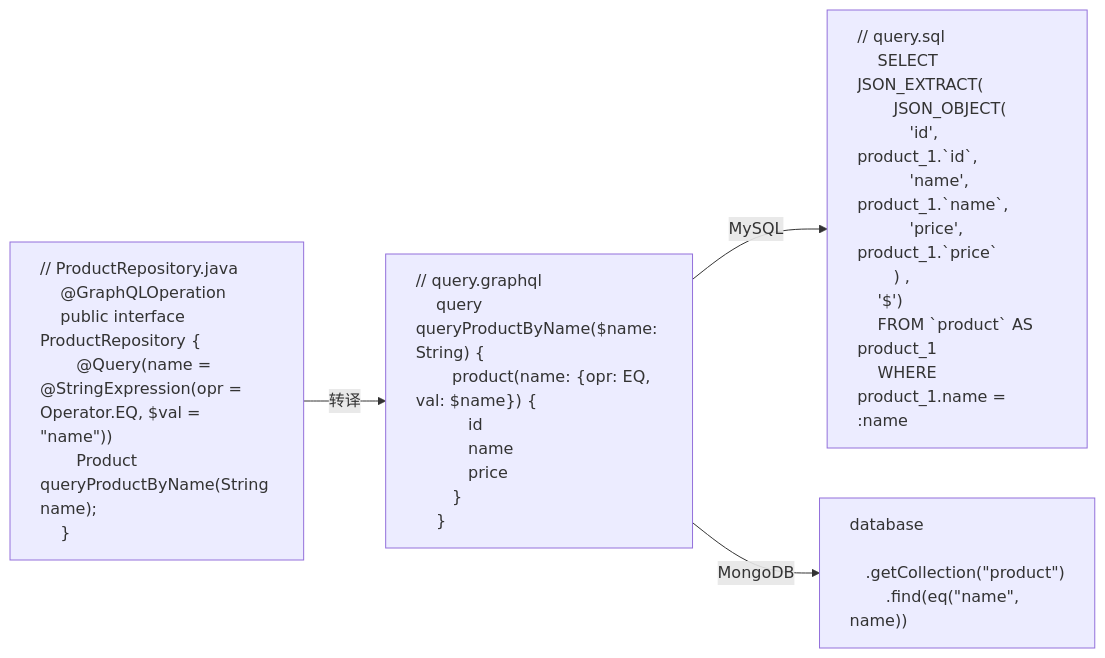
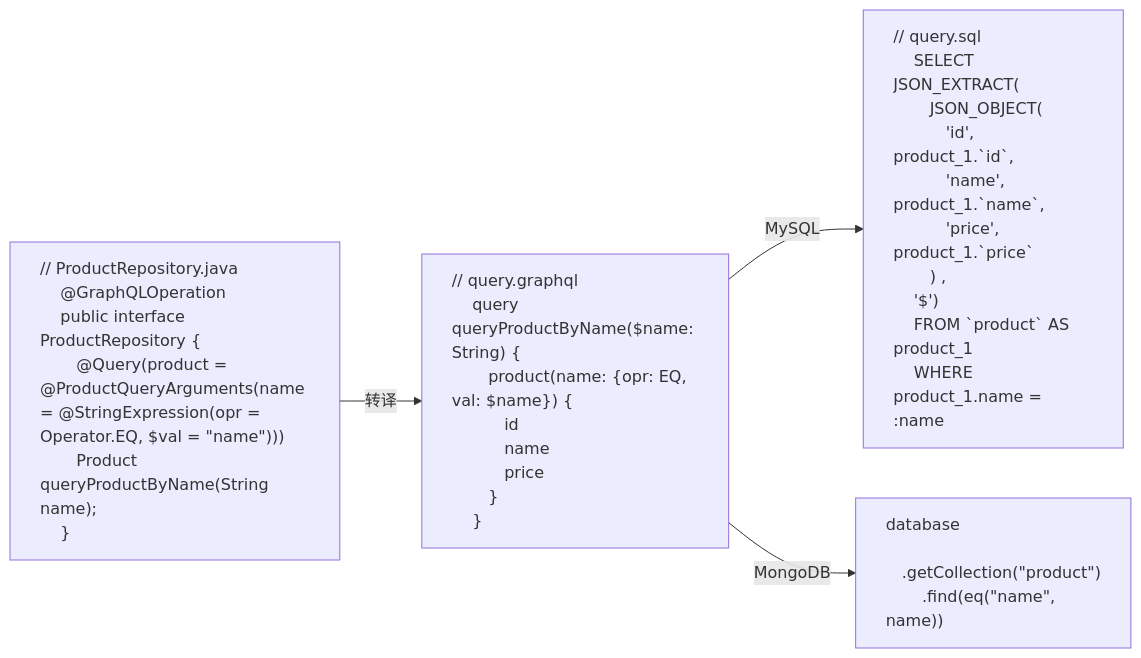
Before and after one commit to doukai/gp-doc.github.io: the seventh of 14 diagrams in docs/intro.md, drawn with Mermaid. The commit also changed other lines of this file and 5 other files, not shown here.

````diff
--- a/docs/intro.md
+++ b/docs/intro.md
@@ -279,37 +279,37 @@
 ```mermaid
 flowchart LR
     code["// ProductRepository.java
     @GraphQLOperation
     public interface ProductRepository {
-    &emsp;@Query(name = @StringExpression(opr = Operator.EQ, $val = &quot;name&quot;))
+    &emsp;@Query(product = @ProductQueryArguments(name = @StringExpression(opr = Operator.EQ, $val = &quot;name&quot;)))
     &emsp;Product queryProductByName(String name);
     }"]
     query["// query.graphql
     query queryProductByName($name: String) {
     &emsp;product(name: {opr: EQ, val: $name}) {
     &emsp;&emsp;id
     &emsp;&emsp;name
     &emsp;&emsp;price
     &emsp;}
     }"]
     dml["// query.sql
     SELECT JSON_EXTRACT(
     &emsp;JSON_OBJECT(
     &emsp;&emsp;'id', product_1.`id`,
     &emsp;&emsp;'name', product_1.`name`,
     &emsp;&emsp;'price', product_1.`price`
     &emsp;) ,
     '$')
     FROM `product` AS product_1
     WHERE product_1.name = :name"]
     mongodb["database
     &emsp;.getCollection(&quot;product&quot;)
     &emsp;.find(eq(&quot;name&quot;, name))"]
     code -- 转译 --> query
     query -- MySQL --> dml
     query -- MongoDB --> mongodb
     style code text-align:left
     style query text-align:left
     style dml text-align:left
     style mongodb text-align:left
 ```
````
